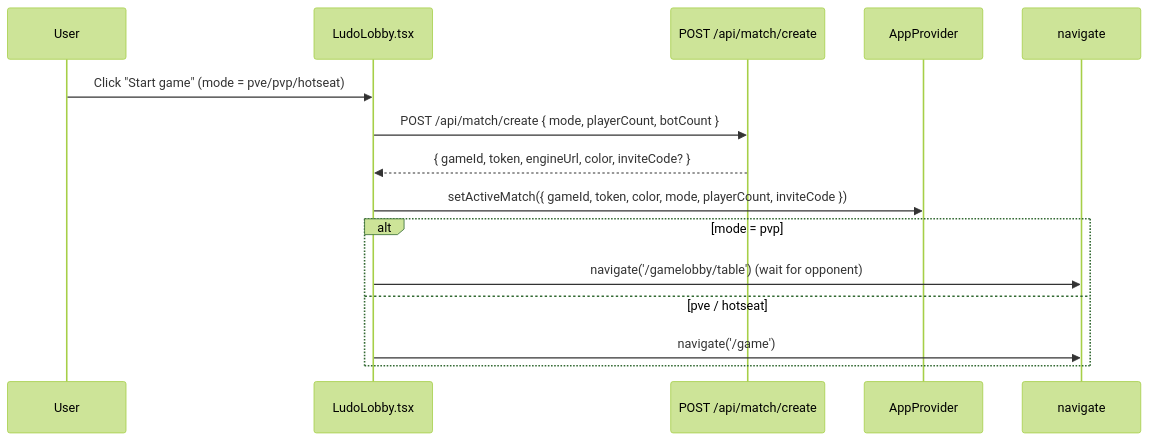
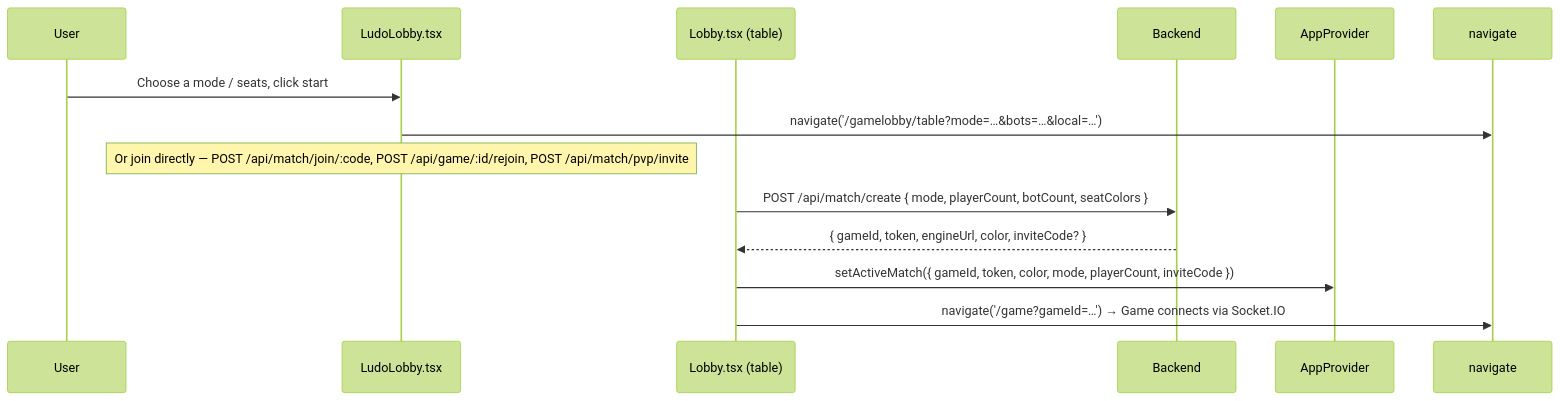
The second of 2 diagrams in docs/frontend/frontend-lobby-module.md (J00ZzZ/ft_transcendence), drawn with Mermaid (forest theme) before and after one commit. The commit also changed other lines of this file and 16 other files, not shown here.

````diff
--- a/docs/frontend/frontend-lobby-module.md
+++ b/docs/frontend/frontend-lobby-module.md
@@ -96,18 +98,17 @@
 ```mermaid
 sequenceDiagram
     participant User
     participant Lobby as LudoLobby.tsx
-    participant API as POST /api/match/create
+    participant Table as Lobby.tsx (table)
+    participant API as Backend
     participant Store as AppProvider
     participant Router as navigate
 
-    User->>Lobby: Click "Start game" (mode = pve/pvp/hotseat)
-    Lobby->>API: POST /api/match/create { mode, playerCount, botCount }
-    API-->>Lobby: { gameId, token, engineUrl, color, inviteCode? }
-    Lobby->>Store: setActiveMatch({ gameId, token, color, mode, playerCount, inviteCode })
-    alt mode = pvp
-        Lobby->>Router: navigate('/gamelobby/table') (wait for opponent)
-    else pve / hotseat
-        Lobby->>Router: navigate('/game')
-    end
+    User->>Lobby: Choose a mode / seats, click start
+    Lobby->>Router: navigate('/gamelobby/table?mode=…&bots=…&local=…')
+    Note over Lobby: Or join directly — POST /api/match/join/:code, POST /api/game/:id/rejoin, POST /api/match/pvp/invite
+    Table->>API: POST /api/match/create { mode, playerCount, botCount, seatColors }
+    API-->>Table: { gameId, token, engineUrl, color, inviteCode? }
+    Table->>Store: setActiveMatch({ gameId, token, color, mode, playerCount, inviteCode })
+    Table->>Router: navigate('/game?gameId=…') → Game connects via Socket.IO
 ```
````
